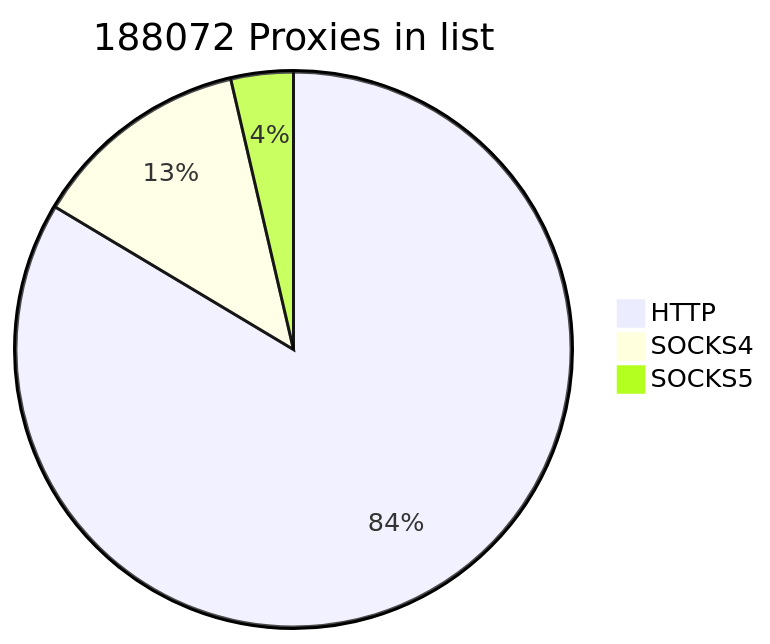
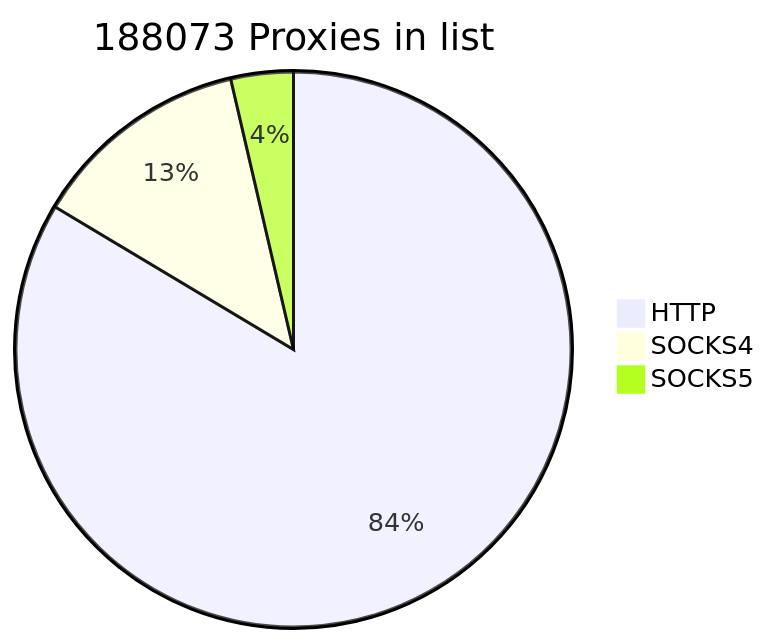
The first of 2 diagrams in README.md (cutipu/proxylist), drawn with Mermaid before and after one commit. The commit also changed other lines of this file, not shown here.

````diff
--- a/README.md
+++ b/README.md
@@ -2,7 +2,7 @@
 ```mermaid
-pie title 188072 Proxies in list
+pie title 188073 Proxies in list
     "HTTP" : 157195
-    "SOCKS4" : 24050
+    "SOCKS4" : 24051
     "SOCKS5" : 6827
             
 ```
````
